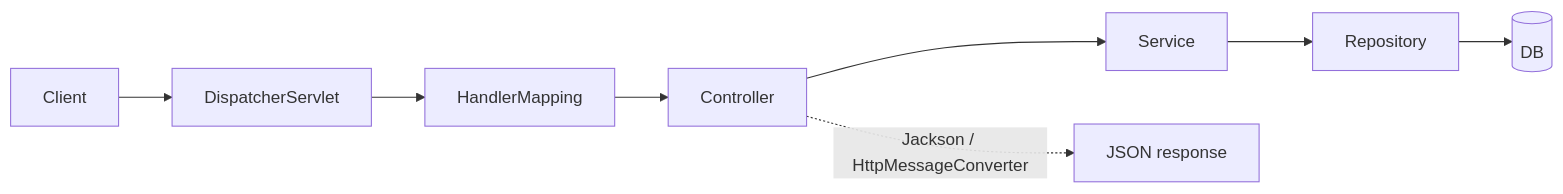
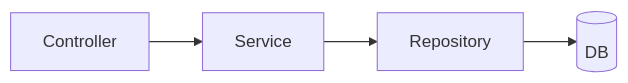
Before and after one commit to PrashantSury/java-switch-journey: the diagram in spring-boot/spring-boot-revision-sheet.md, drawn with Mermaid. The commit also changed other lines of this file and 2 other files, not shown here.

````diff
--- a/spring-boot/spring-boot-revision-sheet.md
+++ b/spring-boot/spring-boot-revision-sheet.md
@@ -157,10 +228,4 @@
 ```mermaid
 flowchart LR
-    C[Client] --> D[DispatcherServlet]
-    D --> H[HandlerMapping]
-    H --> Ctl[Controller]
-    Ctl --> S[Service]
-    S --> R[Repository]
-    R --> DB[(DB)]
-    Ctl -. Jackson / HttpMessageConverter .-> J[JSON response]
+    Controller --> Service --> Repository --> DB[(DB)]
 ```
````
